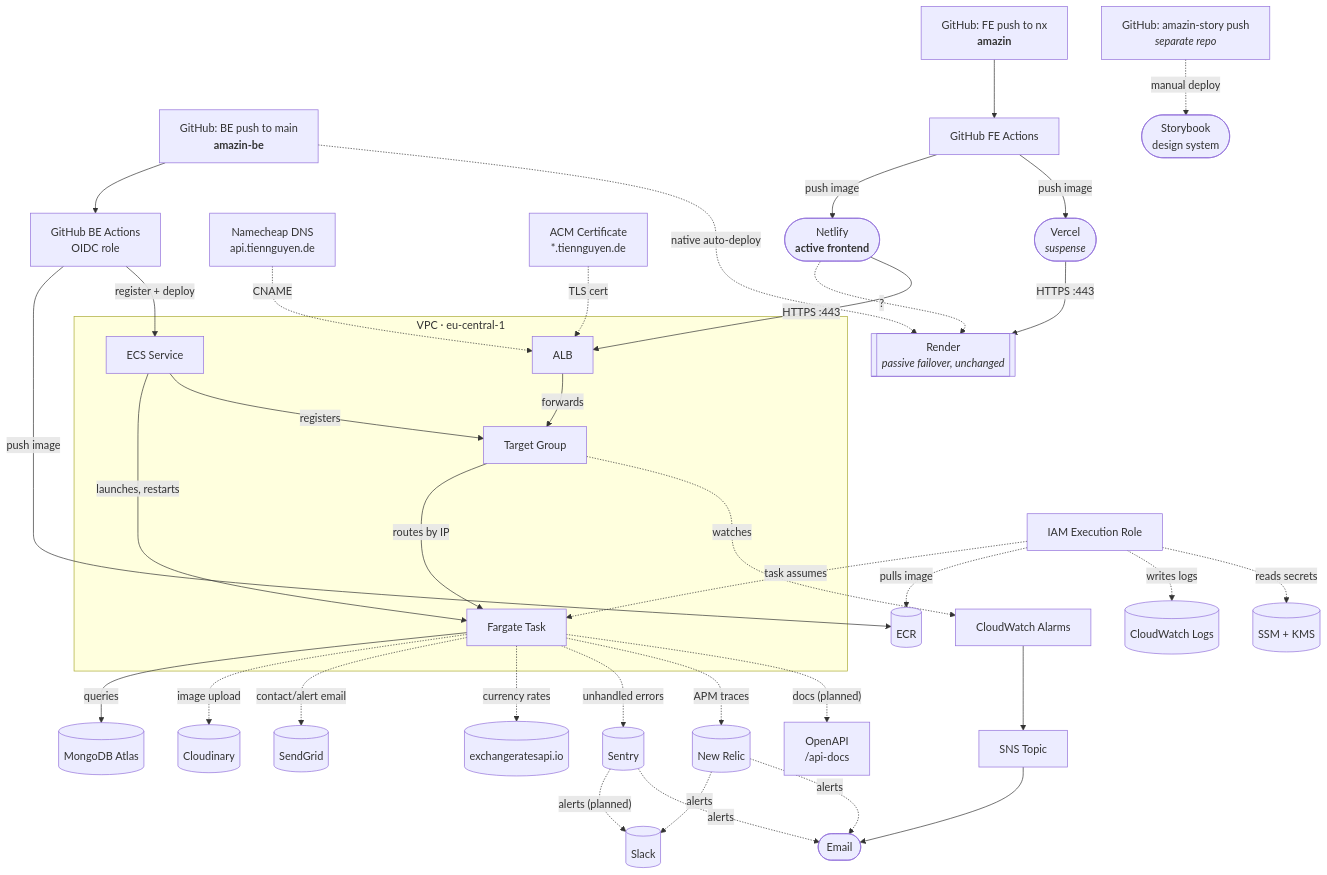
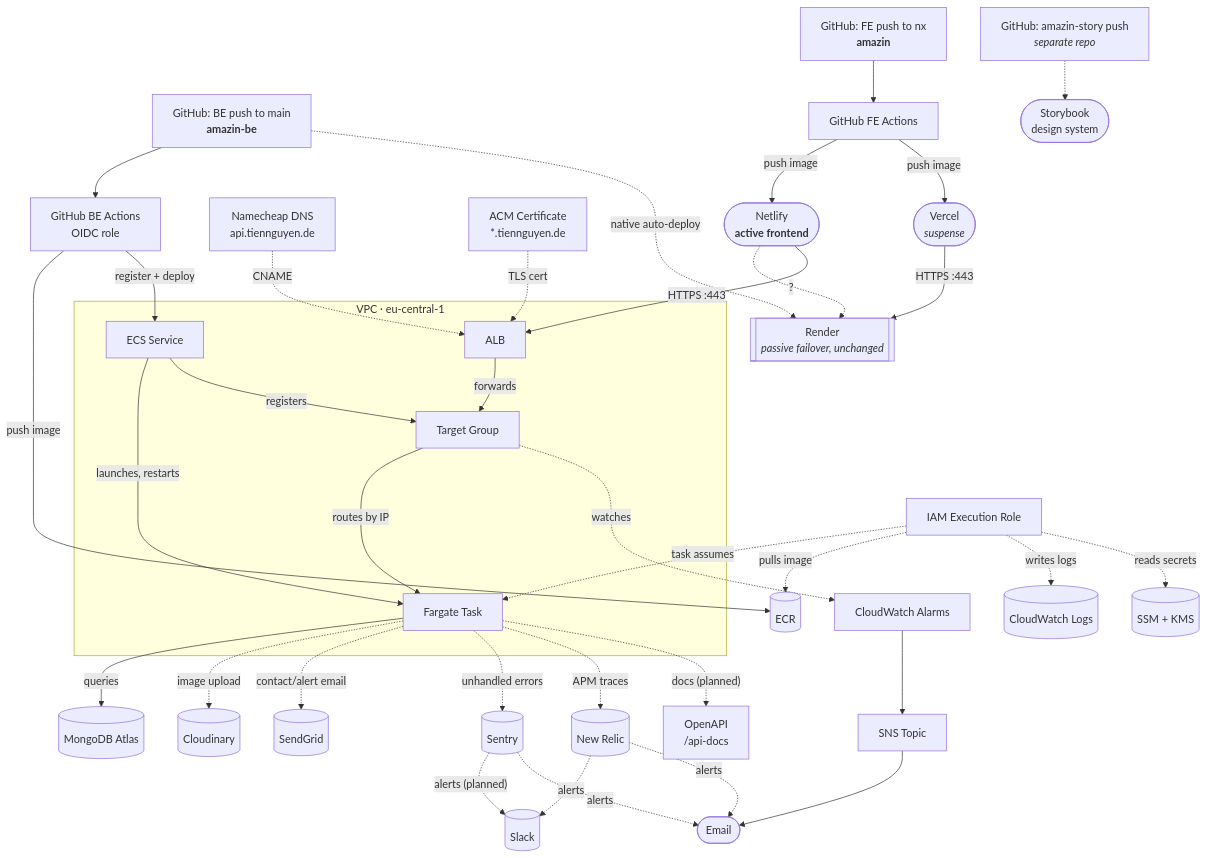
The diagram in README.md (ntrix/amazin), drawn with Mermaid before and after one commit.

Commit message:
docs(readme): drop manual-deploy label and rates node, keep diagram tidy

````diff
--- a/README.md
+++ b/README.md
@@ -111,52 +111,51 @@
 ```mermaid
 flowchart TB
   GitHubBE["GitHub: BE push to main<br/><b>amazin-be</b>"] --> ActionsBE["GitHub BE Actions<br/>OIDC role"]
   ActionsBE -->|"push image"| ECR[("ECR")]
   ActionsBE -->|"register + deploy"| Service
   GitHubBE -.->|"native auto-deploy"| Render
 
   DNS["Namecheap DNS<br/>api.tiennguyen.de"] -. CNAME .-> ALB
   ACM["ACM Certificate<br/>*.tiennguyen.de"] -. "TLS cert" .-> ALB
 
   GitHubFE["GitHub: FE push to nx<br/><b>amazin</b>"] --> ActionsFE["GitHub FE Actions"]
   ActionsFE -->|"push image"| Netlify(["Netlify<br/><b>active frontend</b>"]) .->|"?"| Render
   Netlify -->|"HTTPS :443"| ALB["ALB"]
   ActionsFE -->|"push image"| Vercel(["Vercel<br/><i>suspense</i>"]) -->|"HTTPS :443"| Render
   ALB -->|forwards| TG["Target Group"]
   TG -->|"routes by IP"| Task["Fargate Task"]
   Task -->|queries| Mongo[("MongoDB Atlas")]
   Service["ECS Service"] -->|"launches, restarts"| Task
   Service -->|registers| TG
 
   ~~~Role["IAM Execution Role"] -. "task assumes" .-> Task
   Role -. "pulls image" .-> ECR
   Role -. "writes logs" .-> Logs[("CloudWatch Logs")]
   Role -. "reads secrets" .-> SSM[("SSM + KMS")]
 
   TG -. watches .-> Alarms["CloudWatch Alarms"]
   Alarms --> SNS["SNS Topic"]
   SNS --> Email([Email])
 
   Task -. "image upload" .-> Cloudinary[("Cloudinary")]
   Task -. "contact/alert email" .-> SendGrid[("SendGrid")]
-  Task -. "currency rates" .-> Rates[("exchangeratesapi.io")]
 
   Task -. "unhandled errors" .-> Sentry[("Sentry")]
   Task -. "APM traces" .-> NewRelic[("New Relic")]
   Task -. "docs (planned)" .-> OpenAPI["OpenAPI<br>/api-docs"]
   Sentry -. "alerts (planned)" .-> Slack[("Slack")]
   Sentry -. alerts .-> Email
   NewRelic -. alerts .-> Slack
   NewRelic -. alerts .-> Email
 
-  GitHubStory["GitHub: amazin-story push<br/><i>separate repo</i>"] -.->|"manual deploy"| Storybook(["Storybook<br/>design system"])
+  GitHubStory["GitHub: amazin-story push<br/><i>separate repo</i>"] -.-> Storybook(["Storybook<br/>design system"])
 
   Render[["Render<br/><i>passive failover, unchanged</i>"]]
 
   subgraph VPC["VPC · eu-central-1"]
     ALB
     TG
     Task
     Service
   end
 ```
````
